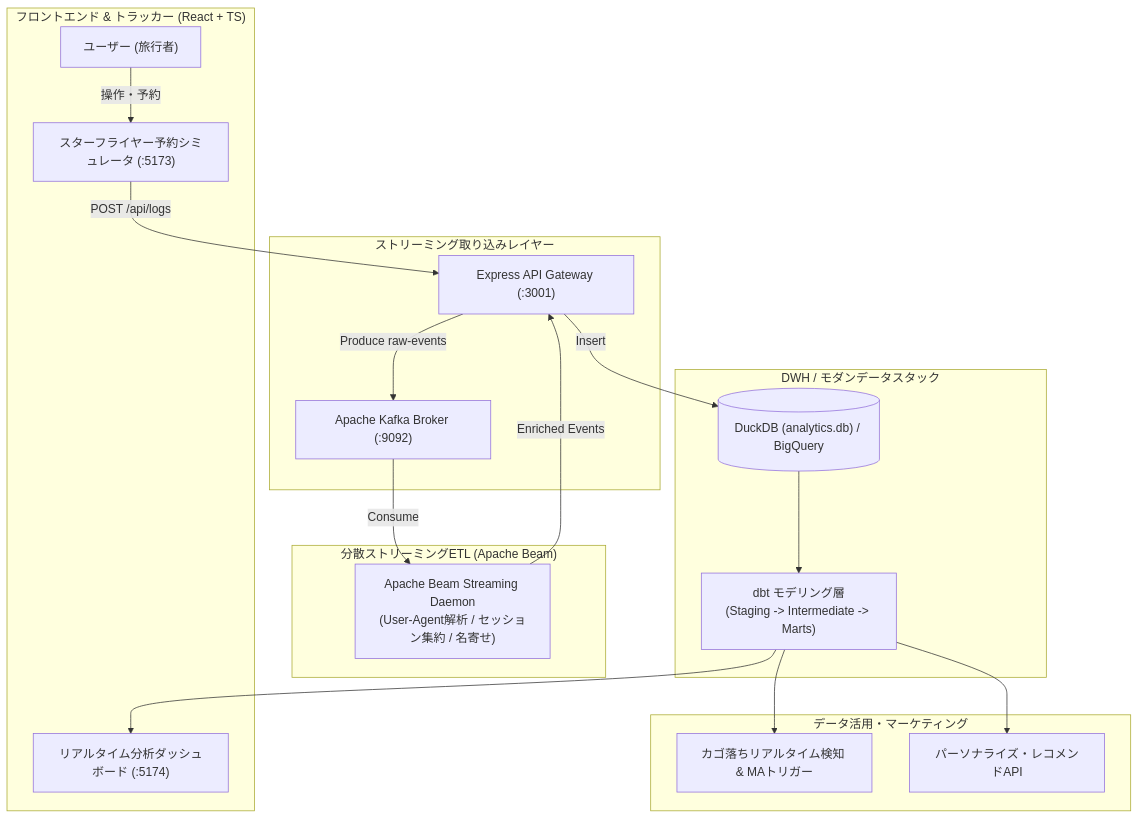
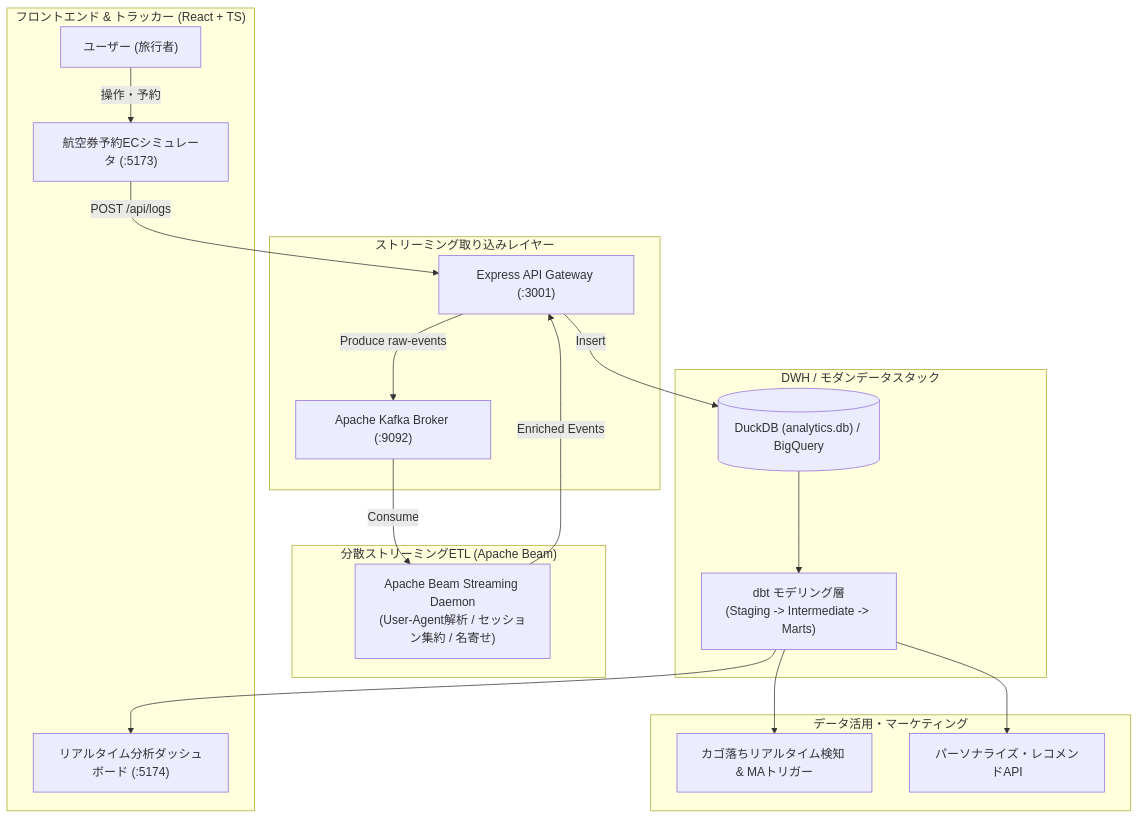
Before and after one commit to Anzai-Yuichiro/airline-modern-data-platform: the diagram in README.md, drawn with Mermaid. The commit also changed other lines of this file and 7 other files, not shown here.

````diff
--- a/README.md
+++ b/README.md
@@ -32,39 +32,39 @@
 ```mermaid
 flowchart TD
     subgraph Client["フロントエンド & トラッカー (React + TS)"]
         User["ユーザー (旅行者)"]
-        WebSimulator["スターフライヤー予約シミュレータ (:5173)"]
+        WebSimulator["航空券予約ECシミュレータ (:5173)"]
         AnalyticsDash["リアルタイム分析ダッシュボード (:5174)"]
     end
 
     subgraph Ingestion["ストリーミング取り込みレイヤー"]
         API["Express API Gateway (:3001)"]
         KafkaBroker["Apache Kafka Broker (:9092)"]
     end
 
     subgraph Processing["分散ストリーミングETL (Apache Beam)"]
         BeamEngine["Apache Beam Streaming Daemon\n(User-Agent解析 / セッション集約 / 名寄せ)"]
     end
 
     subgraph Storage["DWH / モダンデータスタック"]
         DuckDB[("DuckDB (analytics.db) / BigQuery")]
         dbtModels["dbt モデリング層\n(Staging -> Intermediate -> Marts)"]
     end
 
     subgraph Action["データ活用・マーケティング"]
         CartMA["カゴ落ちリアルタイム検知 & MAトリガー"]
         Recommend["パーソナライズ・レコメンドAPI"]
     end
 
     User -->|操作・予約| WebSimulator
     WebSimulator -->|POST /api/logs| API
     API -->|Produce raw-events| KafkaBroker
     KafkaBroker -->|Consume| BeamEngine
     BeamEngine -->|Enriched Events| API
     API -->|Insert| DuckDB
     
     DuckDB --> dbtModels
     dbtModels --> AnalyticsDash
     dbtModels --> CartMA
     dbtModels --> Recommend
 ```
````
